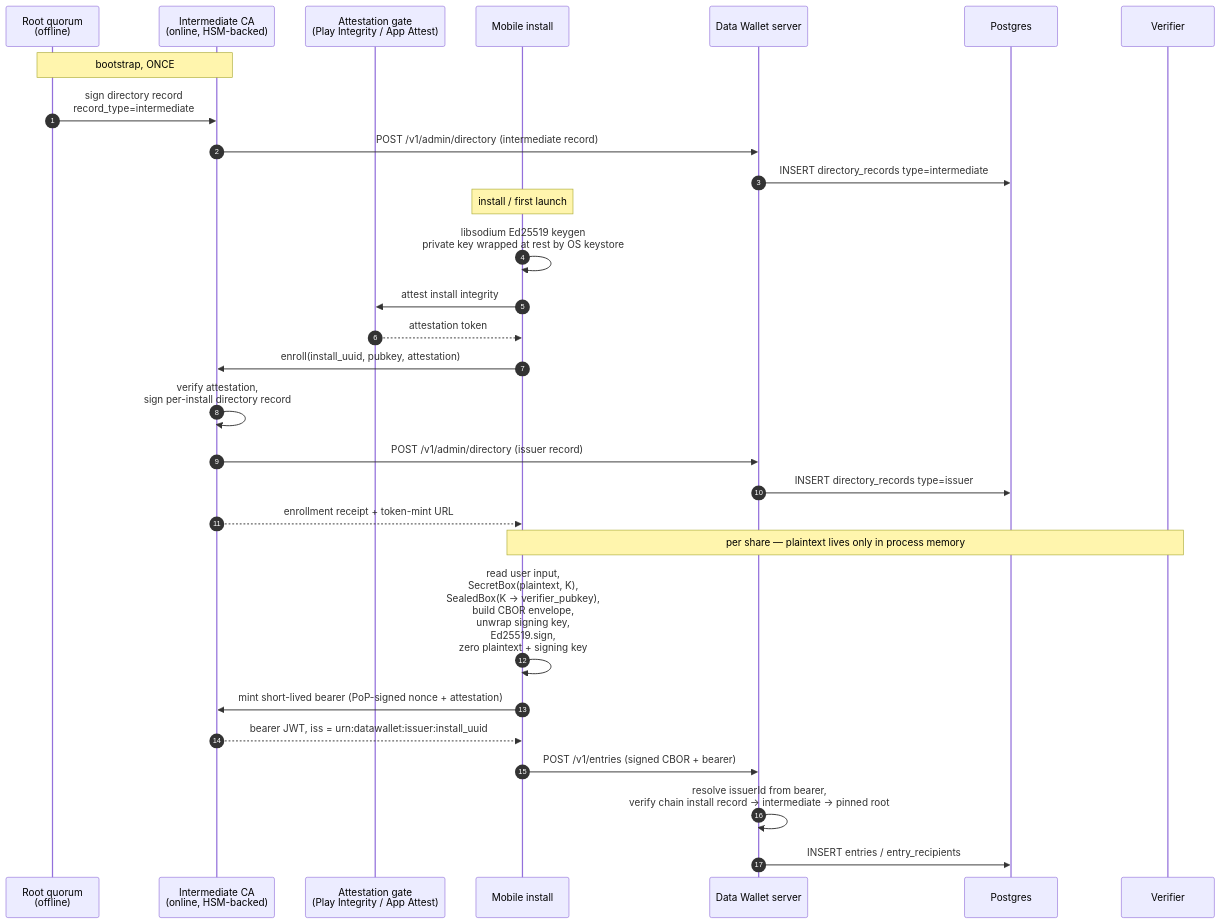
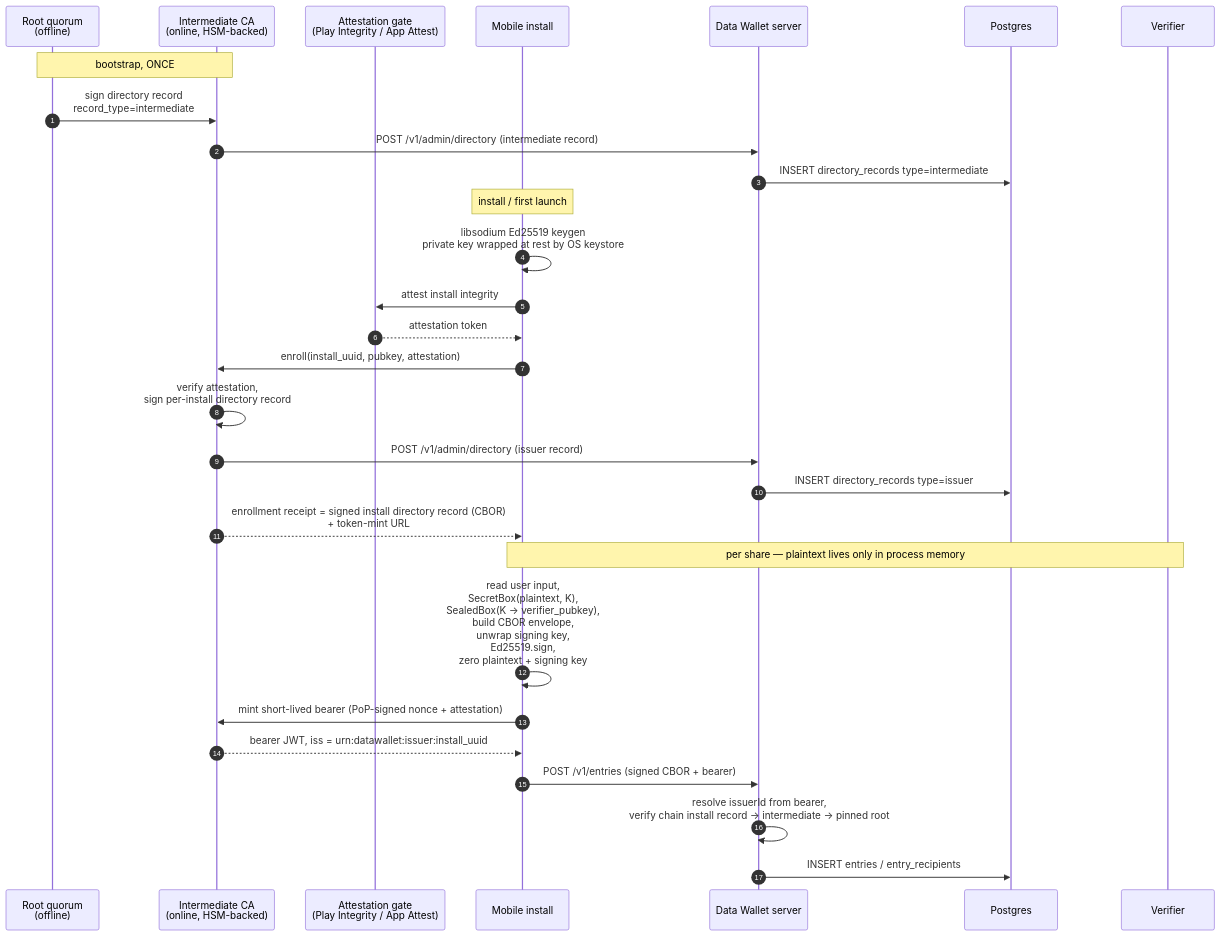
One commit to erik-romson/datawallet changed the first of 4 diagrams in docs/further-work/per-install-mobile-issuers.md. Above: the diagram before and after it, drawn with Mermaid. The commit also changed other lines of this file and 1 other file, not shown here.

````diff
--- a/docs/further-work/per-install-mobile-issuers.md
+++ b/docs/further-work/per-install-mobile-issuers.md
@@ -59,34 +59,34 @@
 ```mermaid
 sequenceDiagram
     autonumber
     participant Q as Root quorum<br/>(offline)
     participant Ica as Intermediate CA<br/>(online, HSM-backed)
     participant Att as Attestation gate<br/>(Play Integrity / App Attest)
     participant App as Mobile install
     participant Srv as Data Wallet server
     participant DB as Postgres
     participant Ver as Verifier
 
     Note over Q,Ica: bootstrap, ONCE
     Q->>Ica: sign directory record<br/>record_type=intermediate
     Ica->>Srv: POST /v1/admin/directory (intermediate record)
     Srv->>DB: INSERT directory_records type=intermediate
 
     Note over App: install / first launch
     App->>App: libsodium Ed25519 keygen<br/>private key wrapped at rest by OS keystore
     App->>Att: attest install integrity
     Att-->>App: attestation token
     App->>Ica: enroll(install_uuid, pubkey, attestation)
     Ica->>Ica: verify attestation,<br/>sign per-install directory record
     Ica->>Srv: POST /v1/admin/directory (issuer record)
     Srv->>DB: INSERT directory_records type=issuer
-    Ica-->>App: enrollment receipt + token-mint URL
+    Ica-->>App: enrollment receipt = signed install directory record (CBOR)<br/>+ token-mint URL
 
     Note over App,Ver: per share — plaintext lives only in process memory
     App->>App: read user input,<br/>SecretBox(plaintext, K),<br/>SealedBox(K → verifier_pubkey),<br/>build CBOR envelope,<br/>unwrap signing key,<br/>Ed25519.sign,<br/>zero plaintext + signing key
     App->>Ica: mint short-lived bearer (PoP-signed nonce + attestation)
     Ica-->>App: bearer JWT, iss = urn:datawallet:issuer:install_uuid
     App->>Srv: POST /v1/entries (signed CBOR + bearer)
     Srv->>Srv: resolve issuerId from bearer,<br/>verify chain install record → intermediate → pinned root
     Srv->>DB: INSERT entries / entry_recipients
 ```
````
